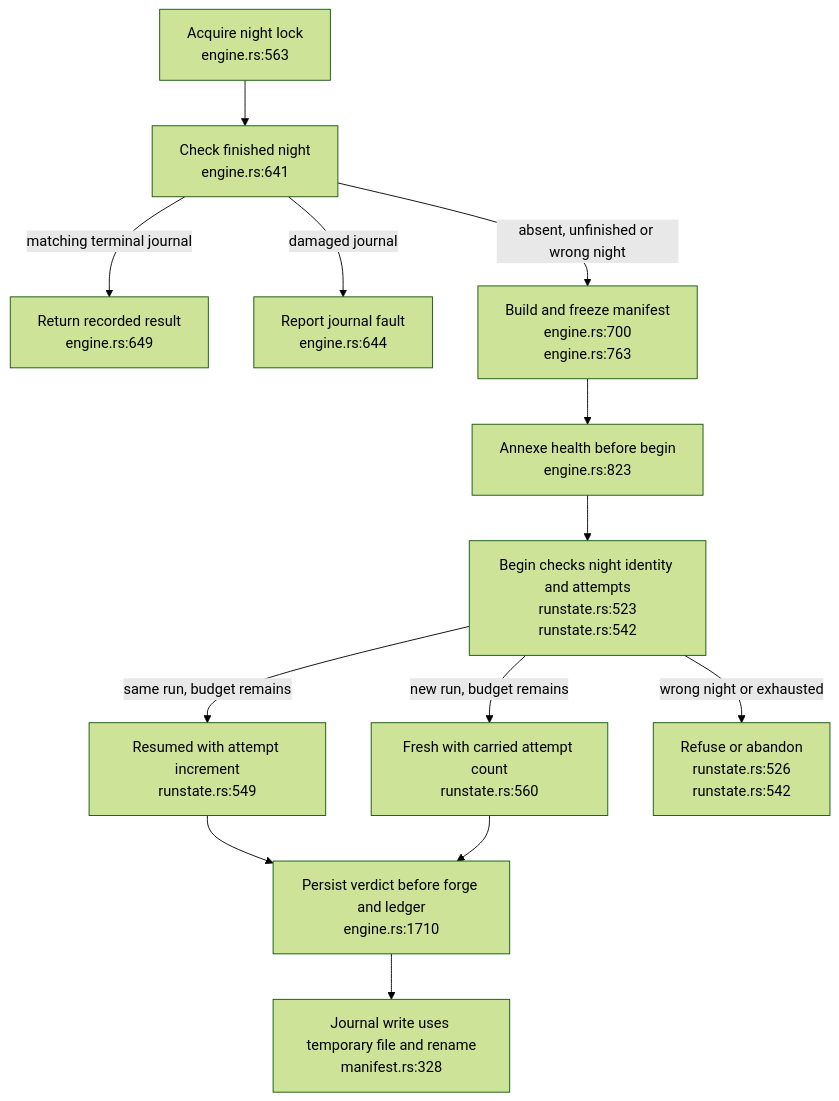
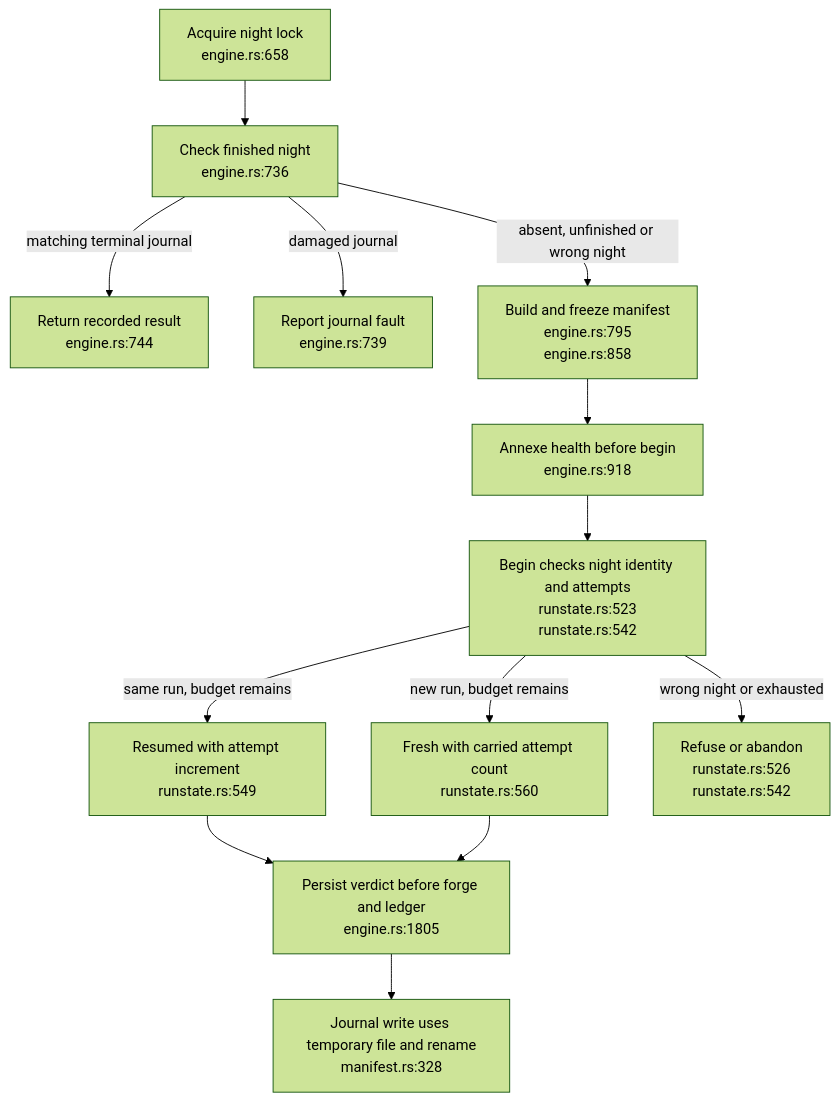
Before and after one commit to DreamLab-AI/VisionFlow: the seventh of 24 diagrams in docs/diagrams/agentbox/23-dream-engine.md, drawn with Mermaid (forest theme). The commit also changed other lines of this file, not shown here.

First line of the commit message:
docs(diagrams): re-stamp AB-23 dream engine at agentbox 720e0d896 and dream-engine b40d507

````diff
--- a/docs/diagrams/agentbox/23-dream-engine.md
+++ b/docs/diagrams/agentbox/23-dream-engine.md
@@ -286,15 +286,15 @@
 ```mermaid
 flowchart TB
-    LOCK["Acquire night lock<br/>engine.rs:563"] --> CHECK["Check finished night<br/>engine.rs:641"]
-    CHECK -->|"matching terminal journal"| SKIP["Return recorded result<br/>engine.rs:649"]
-    CHECK -->|"damaged journal"| BLOCK["Report journal fault<br/>engine.rs:644"]
-    CHECK -->|"absent, unfinished or wrong night"| FREEZE["Build and freeze manifest<br/>engine.rs:700<br/>engine.rs:763"]
-    FREEZE --> HEALTH["Annexe health before begin<br/>engine.rs:823"]
+    LOCK["Acquire night lock<br/>engine.rs:658"] --> CHECK["Check finished night<br/>engine.rs:736"]
+    CHECK -->|"matching terminal journal"| SKIP["Return recorded result<br/>engine.rs:744"]
+    CHECK -->|"damaged journal"| BLOCK["Report journal fault<br/>engine.rs:739"]
+    CHECK -->|"absent, unfinished or wrong night"| FREEZE["Build and freeze manifest<br/>engine.rs:795<br/>engine.rs:858"]
+    FREEZE --> HEALTH["Annexe health before begin<br/>engine.rs:918"]
     HEALTH --> BEGIN["Begin checks night identity and attempts<br/>runstate.rs:523<br/>runstate.rs:542"]
     BEGIN -->|"same run, budget remains"| RESUME["Resumed with attempt increment<br/>runstate.rs:549"]
     BEGIN -->|"new run, budget remains"| FRESH["Fresh with carried attempt count<br/>runstate.rs:560"]
     BEGIN -->|"wrong night or exhausted"| STOP["Refuse or abandon<br/>runstate.rs:526<br/>runstate.rs:542"]
-    RESUME --> PERSIST["Persist verdict before forge and ledger<br/>engine.rs:1710"]
+    RESUME --> PERSIST["Persist verdict before forge and ledger<br/>engine.rs:1805"]
     FRESH --> PERSIST
     PERSIST --> IO["Journal write uses temporary file and rename<br/>manifest.rs:328"]
 ```
````
